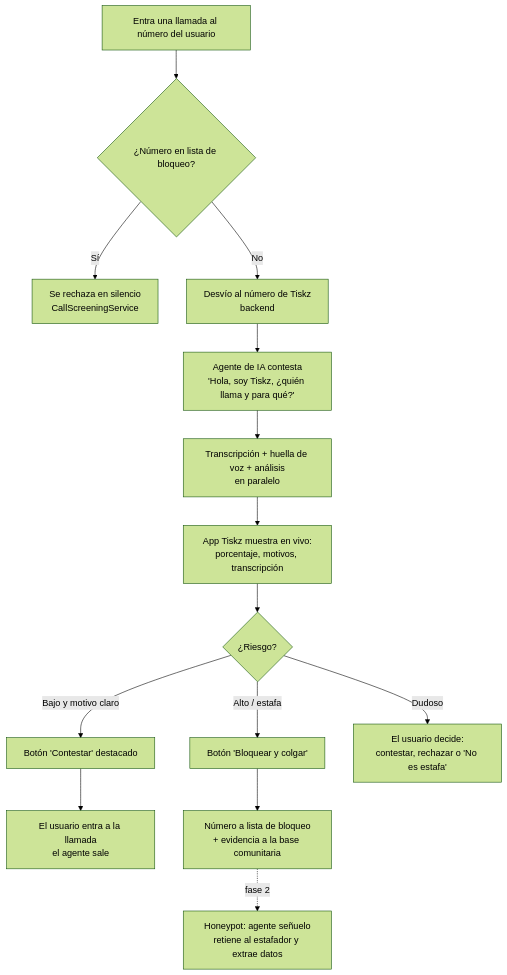
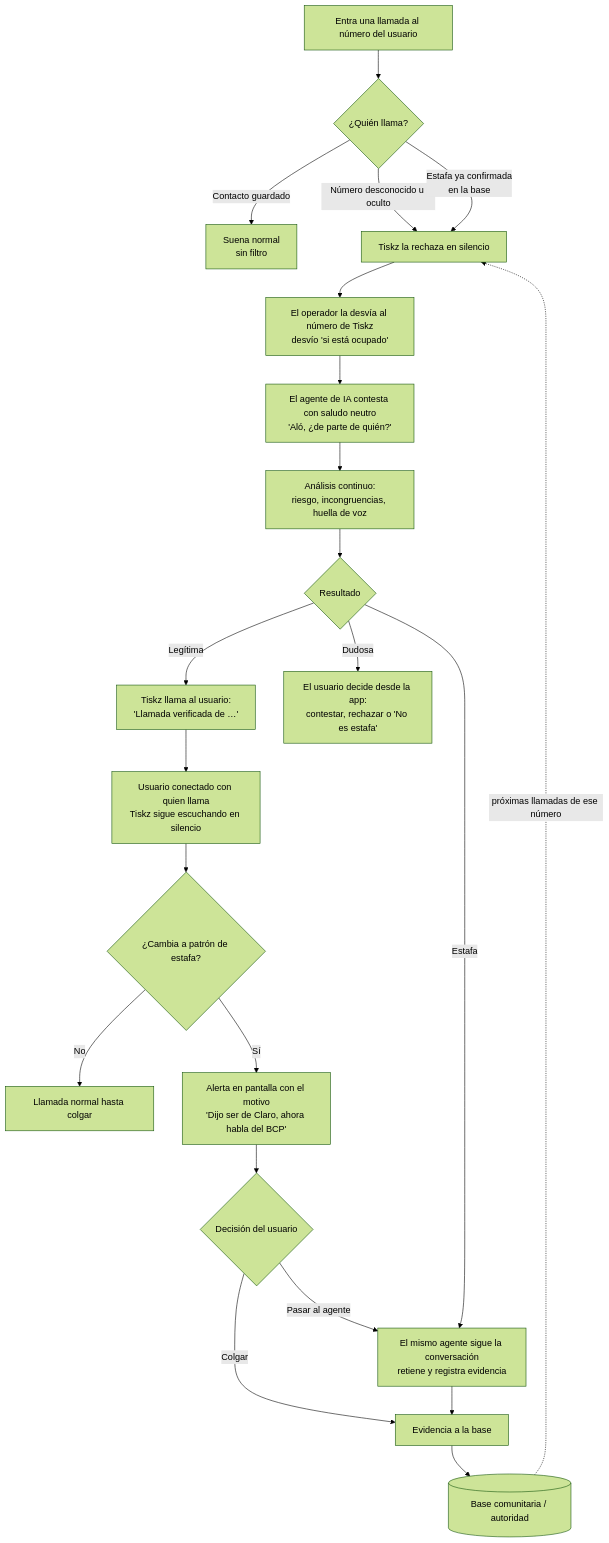
The first of 3 diagrams in docs/ANALISIS_Y_FLUJO.md (HackTheAndes-Hackaton/mobile-repo), drawn with Mermaid (forest theme) before and after one commit. The commit also changed other lines of this file and 3 other files, not shown here.

First line of the commit message:
docs: flujo con un solo agente y análisis continuo; modelo B2G

````diff
--- a/docs/ANALISIS_Y_FLUJO.md
+++ b/docs/ANALISIS_Y_FLUJO.md
@@ -55,16 +68,24 @@
 ```mermaid
 flowchart TD
-    A[Entra una llamada al número del usuario] --> B{¿Número en lista de bloqueo?}
-    B -- Sí --> X[Se rechaza en silencio<br/>CallScreeningService]
-    B -- No --> C[Desvío al número de Tiskz<br/>backend]
-    C --> D[Agente de IA contesta<br/>'Hola, soy Tiskz, ¿quién llama y para qué?']
-    D --> E[Transcripción + huella de voz + análisis<br/>en paralelo]
-    E --> F[App Tiskz muestra en vivo:<br/>porcentaje, motivos, transcripción]
-    F --> G{¿Riesgo?}
-    G -- Bajo y motivo claro --> H[Botón 'Contestar' destacado]
-    H --> I[El usuario entra a la llamada<br/>el agente sale]
-    G -- Alto / estafa --> J[Botón 'Bloquear y colgar']
-    J --> K[Número a lista de bloqueo<br/>+ evidencia a la base comunitaria]
-    K -.fase 2.-> L[Honeypot: agente señuelo<br/>retiene al estafador y extrae datos]
-    G -- Dudoso --> M[El usuario decide:<br/>contestar, rechazar o 'No es estafa']
+    A[Entra una llamada al número del usuario] --> B{¿Quién llama?}
+    B -- Contacto guardado --> C[Suena normal<br/>sin filtro]
+    B -- Número desconocido u oculto --> D[Tiskz la rechaza en silencio]
+    B -- Estafa ya confirmada<br/>en la base --> D
+    D --> E[El operador la desvía al número de Tiskz<br/>desvío 'si está ocupado']
+    E --> F[El agente de IA contesta con saludo neutro<br/>'Aló, ¿de parte de quién?']
+    F --> G[Análisis continuo:<br/>riesgo, incongruencias, huella de voz]
+    G --> H{Resultado}
+    H -- Legítima --> I[Tiskz llama al usuario:<br/>'Llamada verificada de …']
+    I --> J[Usuario conectado con quien llama<br/>Tiskz sigue escuchando en silencio]
+    J --> K{¿Cambia a patrón de estafa?}
+    K -- No --> L[Llamada normal hasta colgar]
+    K -- Sí --> M[Alerta en pantalla con el motivo<br/>'Dijo ser de Claro, ahora habla del BCP']
+    M --> N{Decisión del usuario}
+    N -- Colgar --> O[Evidencia a la base]
+    N -- Pasar al agente --> P
+    H -- Estafa --> P[El mismo agente sigue la conversación<br/>retiene y registra evidencia]
+    P --> O
+    O --> Q[(Base comunitaria / autoridad)]
+    Q -. próximas llamadas de ese número .-> D
+    H -- Dudosa --> R[El usuario decide desde la app:<br/>contestar, rechazar o 'No es estafa']
 ```
````
